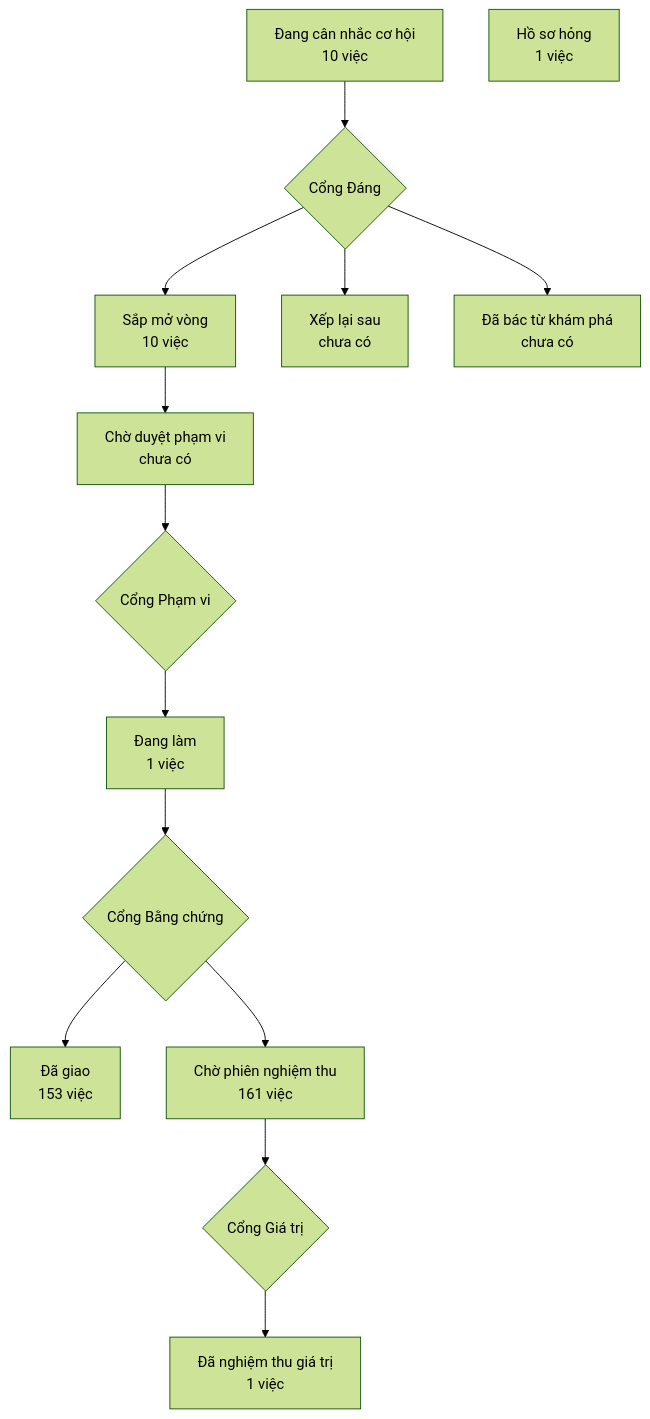
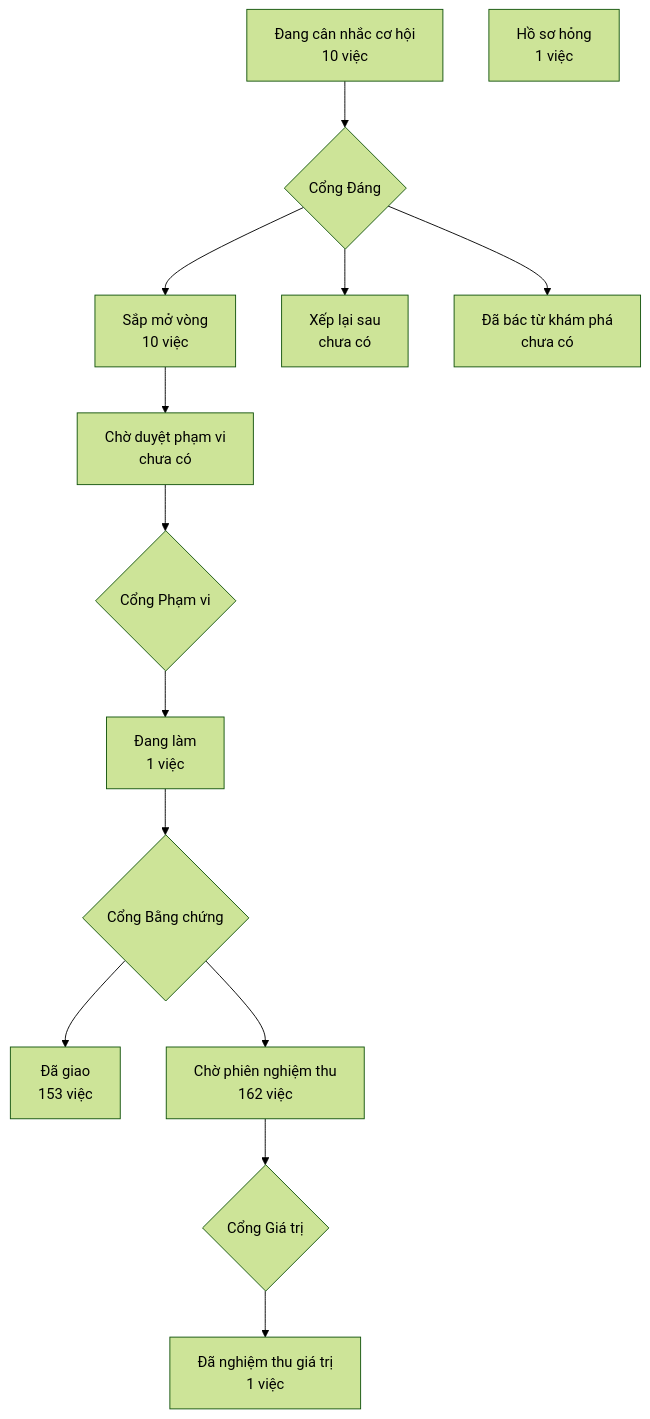
Before and after one commit to phanlemanh/crm-onehub: the diagram in PRODUCT-MAP.md, drawn with Mermaid (forest theme). The commit also changed other lines of this file and 1 other file, not shown here.

Commit message:
chore: vẽ lại bản đồ sản phẩm sau gộp onehub #513

````diff
--- a/PRODUCT-MAP.md
+++ b/PRODUCT-MAP.md
@@ -7,13 +7,13 @@
 ```mermaid
 flowchart TD
   A["Đang cân nhắc cơ hội<br/>10 việc"] --> GD{"Cổng Đáng"}
   GD --> B["Sắp mở vòng<br/>10 việc"]
   GD --> XL["Xếp lại sau<br/>chưa có"]
   GD --> DB["Đã bác từ khám phá<br/>chưa có"]
   B --> CD["Chờ duyệt phạm vi<br/>chưa có"] --> GP{"Cổng Phạm vi"}
   GP --> DL["Đang làm<br/>1 việc"] --> GB{"Cổng Bằng chứng"}
   GB --> DG["Đã giao<br/>153 việc"]
-  GB --> CN["Chờ phiên nghiệm thu<br/>161 việc"] --> GG{"Cổng Giá trị"}
+  GB --> CN["Chờ phiên nghiệm thu<br/>162 việc"] --> GG{"Cổng Giá trị"}
   GG --> NT["Đã nghiệm thu giá trị<br/>1 việc"]
   HS["Hồ sơ hỏng<br/>1 việc"]
 ```
````
